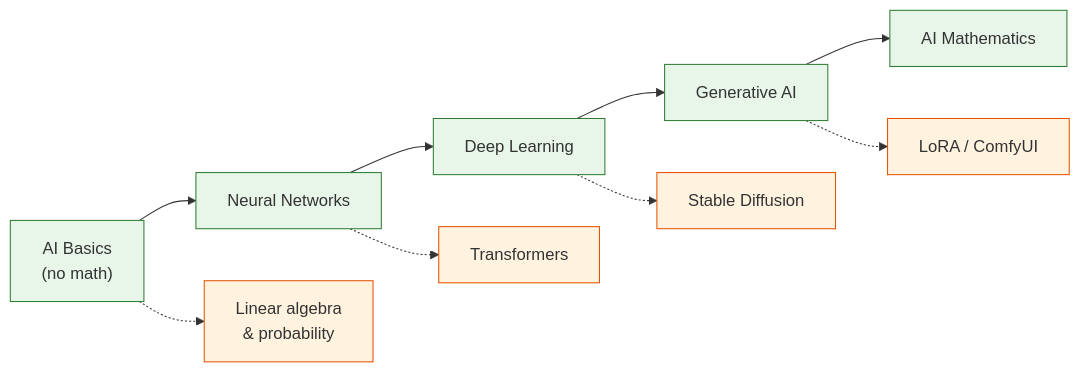
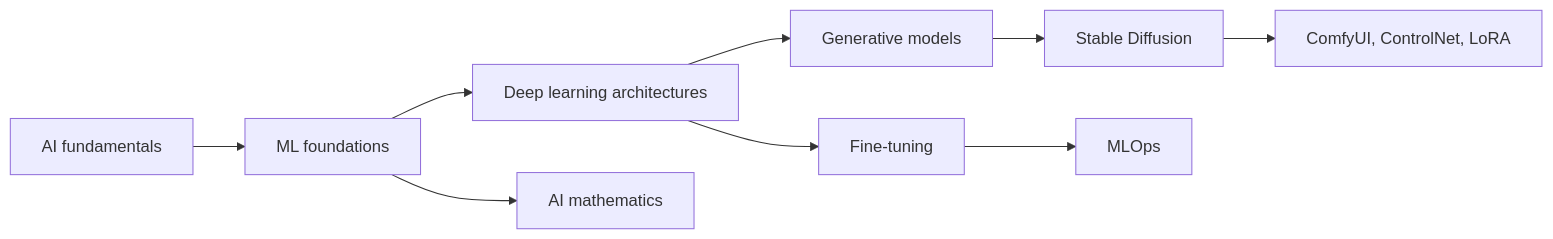
One commit to AndrewAltimit/Documentation changed the second of 4 diagrams in github-pages/docs/topic-map.md. Above: the diagram before and after it, drawn with Mermaid. The commit also changed other lines of this file and 240 other files, not shown here.

````diff
--- a/github-pages/docs/topic-map.md
+++ b/github-pages/docs/topic-map.md
@@ -110,17 +64,7 @@
 ```mermaid
 flowchart LR
-    AB["AI Basics<br/>(no math)"] --> NN["Neural Networks"] --> DL["Deep Learning"] --> GEN["Generative AI"] --> TH["AI Mathematics"]
-    AB -.-> M["Linear algebra<br/>& probability"]
-    NN -.-> T["Transformers"]
-    DL -.-> SD["Stable Diffusion"]
-    GEN -.-> LoRA["LoRA / ComfyUI"]
-    style AB fill:#e8f5e9,stroke:#2e7d32
-    style NN fill:#e8f5e9,stroke:#2e7d32
-    style DL fill:#e8f5e9,stroke:#2e7d32
-    style GEN fill:#e8f5e9,stroke:#2e7d32
-    style TH fill:#e8f5e9,stroke:#2e7d32
-    style M fill:#fff3e0,stroke:#e65100
-    style T fill:#fff3e0,stroke:#e65100
-    style SD fill:#fff3e0,stroke:#e65100
-    style LoRA fill:#fff3e0,stroke:#e65100
+    AIB["AI fundamentals"] --> MLF["ML foundations"] --> DLA["Deep learning architectures"] --> GEN["Generative models"]
+    GEN --> SD["Stable Diffusion"] --> TOOLS["ComfyUI, ControlNet, LoRA"]
+    DLA --> FT["Fine-tuning"] --> MLOPS["MLOps"]
+    MLF --> AIM["AI mathematics"]
 ```
````
